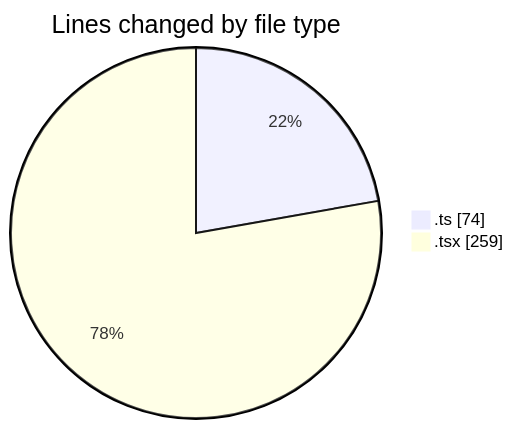
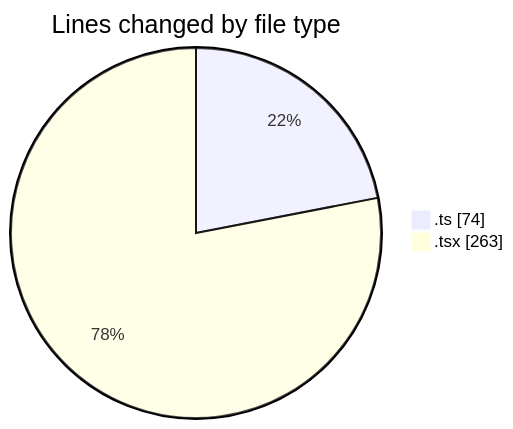
The first of 2 diagrams in 2025-01-25/termonied-web/README.md (robertbonfada/code-tracking), drawn with Mermaid before and after one commit. The commit also changed other lines of this file and 1 other file, not shown here.

````diff
--- a/2025-01-25/termonied-web/README.md
+++ b/2025-01-25/termonied-web/README.md
@@ -21,6 +21,6 @@
 ```mermaid
 pie showData
 title Lines changed by file type
 ".ts" : 74
-".tsx" : 259
+".tsx" : 263
 ```
````
